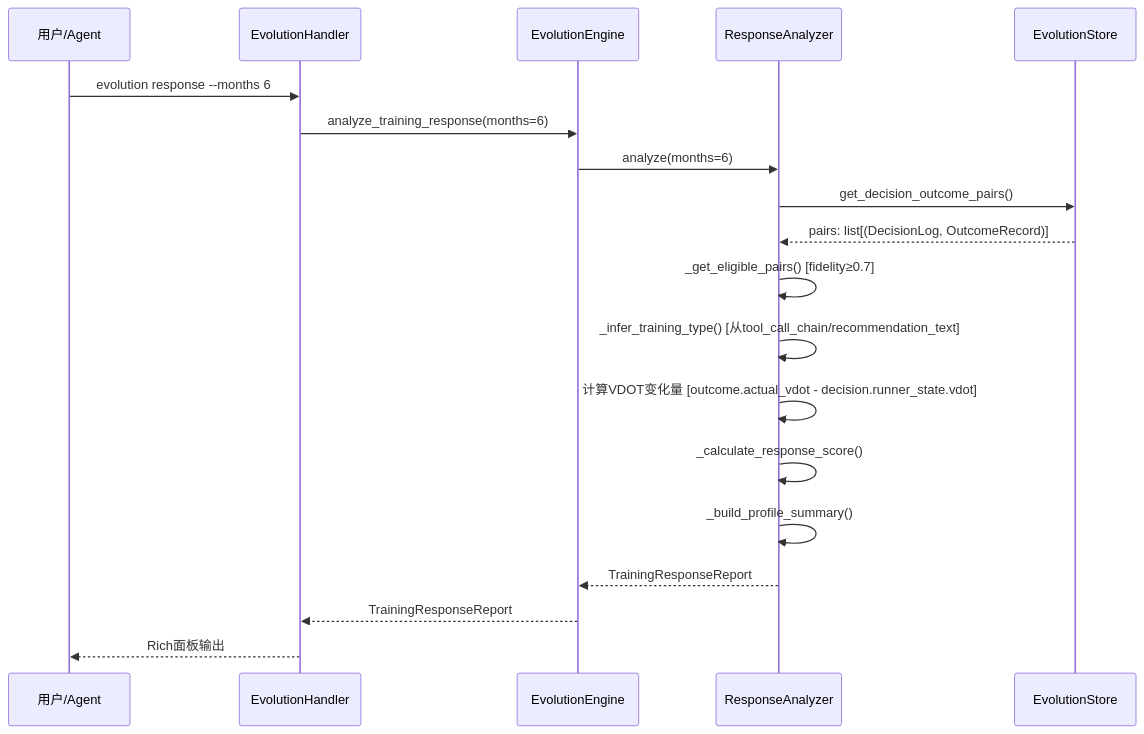
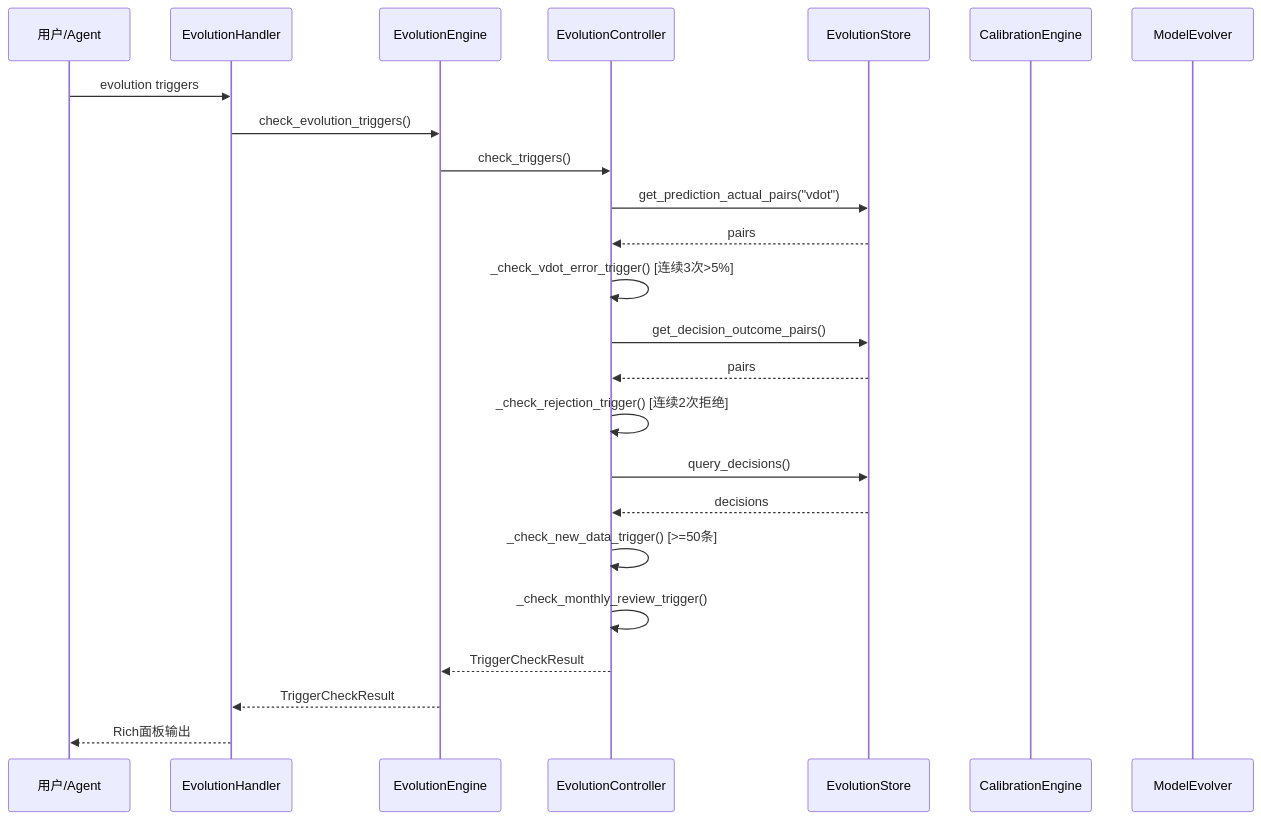
One commit to yecllsl/nanobot-runner changed the third of 6 diagrams in docs/architecture/架构设计说明书.md. Above: the diagram before and after it, drawn with Mermaid. The commit also changed other lines of this file and 3 other files, not shown here.

First line of the commit message:
docs: add v0.25.0 architecture review and task list documents

````diff
--- a/docs/architecture/架构设计说明书.md
+++ b/docs/architecture/架构设计说明书.md
@@ -1268,22 +1679,27 @@
 ```mermaid
 sequenceDiagram
     participant User as 用户/Agent
     participant Handler as EvolutionHandler
     participant Engine as EvolutionEngine
-    participant RA as ResponseAnalyzer
+    participant EC as EvolutionController
     participant Store as EvolutionStore
+    participant CE as CalibrationEngine
+    participant ME as ModelEvolver
 
-    User->>Handler: evolution response --months 6
-    Handler->>Engine: analyze_training_response(months=6)
-    Engine->>RA: analyze(months=6)
-    RA->>Store: get_decision_outcome_pairs()
-    Store-->>RA: pairs: list[(DecisionLog, OutcomeRecord)]
-    RA->>RA: _get_eligible_pairs() [fidelity≥0.7]
-    RA->>RA: _infer_training_type() [从tool_call_chain/recommendation_text]
-    RA->>RA: 计算VDOT变化量 [outcome.actual_vdot - decision.runner_state.vdot]
-    RA->>RA: _calculate_response_score()
-    RA->>RA: _build_profile_summary()
-    RA-->>Engine: TrainingResponseReport
-    Engine-->>Handler: TrainingResponseReport
+    User->>Handler: evolution triggers
+    Handler->>Engine: check_evolution_triggers()
+    Engine->>EC: check_triggers()
+    EC->>Store: get_prediction_actual_pairs("vdot")
+    Store-->>EC: pairs
+    EC->>EC: _check_vdot_error_trigger() [连续3次>5%]
+    EC->>Store: get_decision_outcome_pairs()
+    Store-->>EC: pairs
+    EC->>EC: _check_rejection_trigger() [连续2次拒绝]
+    EC->>Store: query_decisions()
+    Store-->>EC: decisions
+    EC->>EC: _check_new_data_trigger() [>=50条]
+    EC->>EC: _check_monthly_review_trigger()
+    EC-->>Engine: TriggerCheckResult
+    Engine-->>Handler: TriggerCheckResult
     Handler-->>User: Rich面板输出
 ```
````
